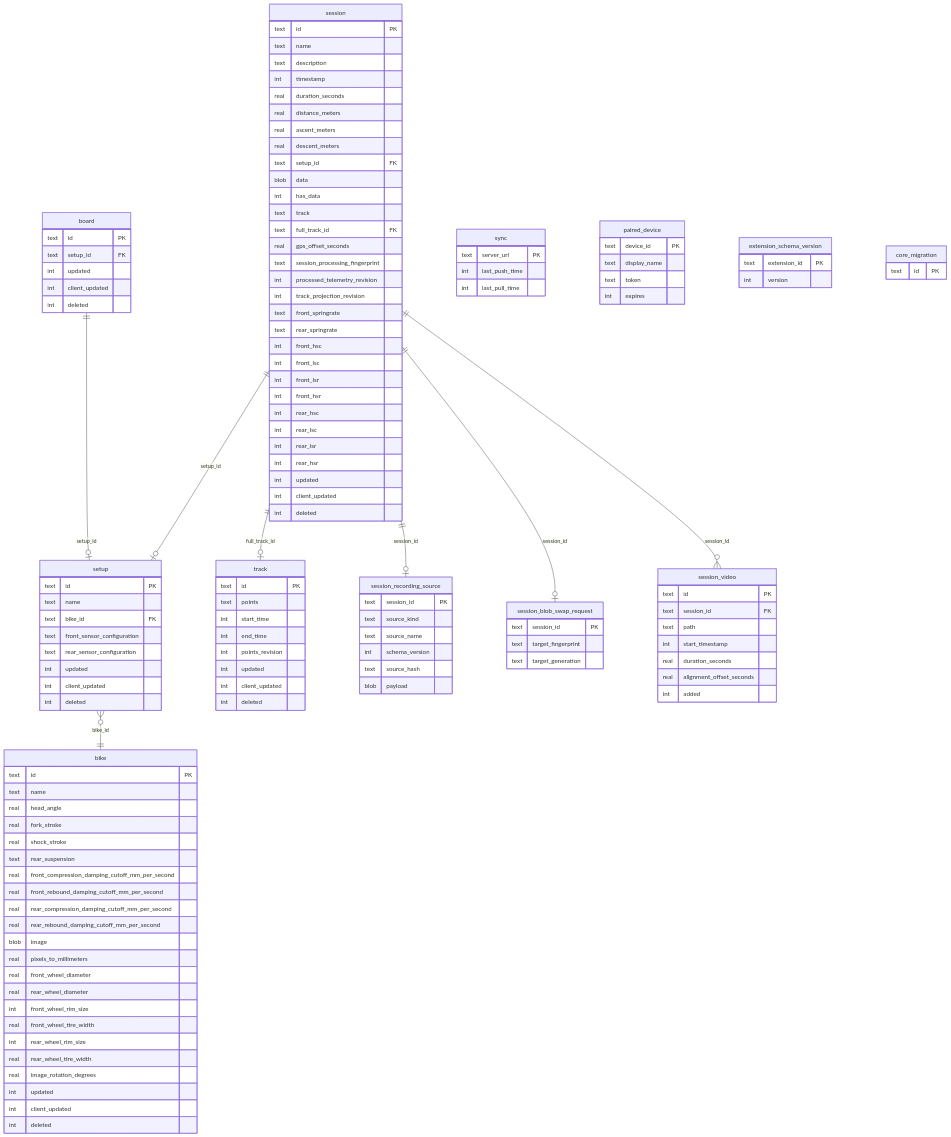
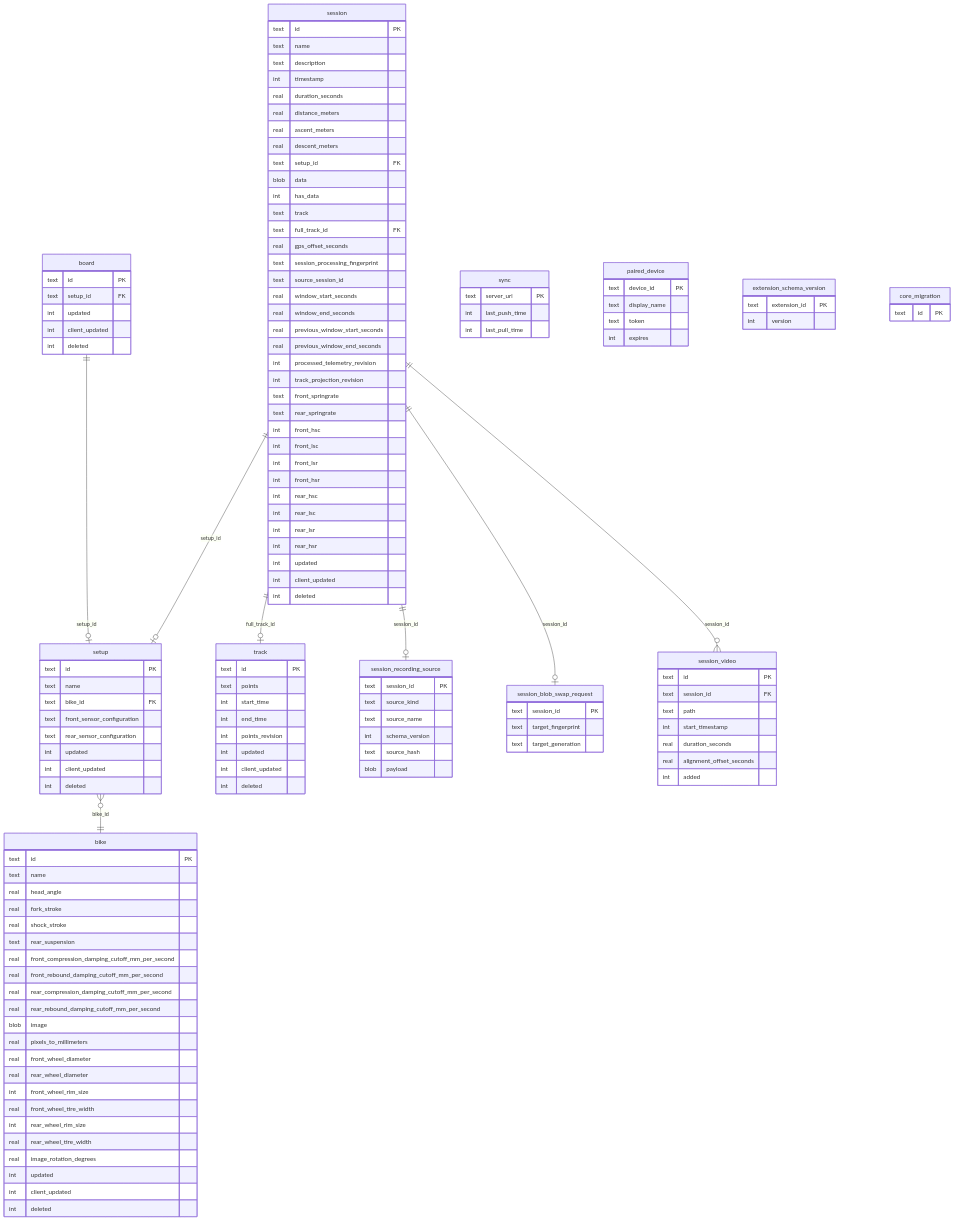
The diagram in docs/architecture/persistence.md (MoridinBG/Sufni.app), drawn with Mermaid before and after one commit. The commit also changed other lines of this file and 77 other files, not shown here.

```diff
--- a/docs/architecture/persistence.md
+++ b/docs/architecture/persistence.md
@@ -30,6 +30,11 @@
         text full_track_id FK
         real gps_offset_seconds
         text session_processing_fingerprint
+        text source_session_id
+        real window_start_seconds
+        real window_end_seconds
+        real previous_window_start_seconds
+        real previous_window_end_seconds
         int processed_telemetry_revision
         int track_projection_revision
         text front_springrate
```
